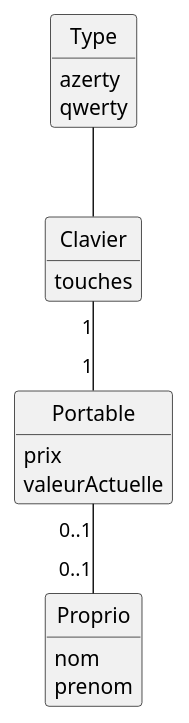
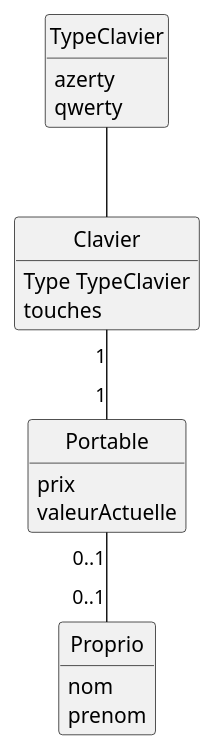
One commit to IUT-Blagnac/bcoo-Wassim746531 changed the diagram in TP1/2.2.plantuml. Above: the diagram before and after it, drawn with PlantUML.

Commit message:
Fix 2.2 : Enum

```diff
--- a/TP1/2.2.plantuml
+++ b/TP1/2.2.plantuml
@@ -1,30 +1,31 @@
 @startuml
 
 hide circle
 hide empty attributes
 hide empty methods
 
 class Portable{
   prix
   valeurActuelle
   }
 
 class Clavier{
+  Type TypeClavier
   touches
   }
 
-class Type{
+enum TypeClavier{
   azerty
   qwerty
   }
 
 class P as "Proprio"{
   nom
   prenom
 }
 
 Clavier "1" -- "1" Portable
-Clavier -up- Type
+Clavier -up- TypeClavier
 Portable "0..1" -- "0..1" P
 
 @enduml
```
